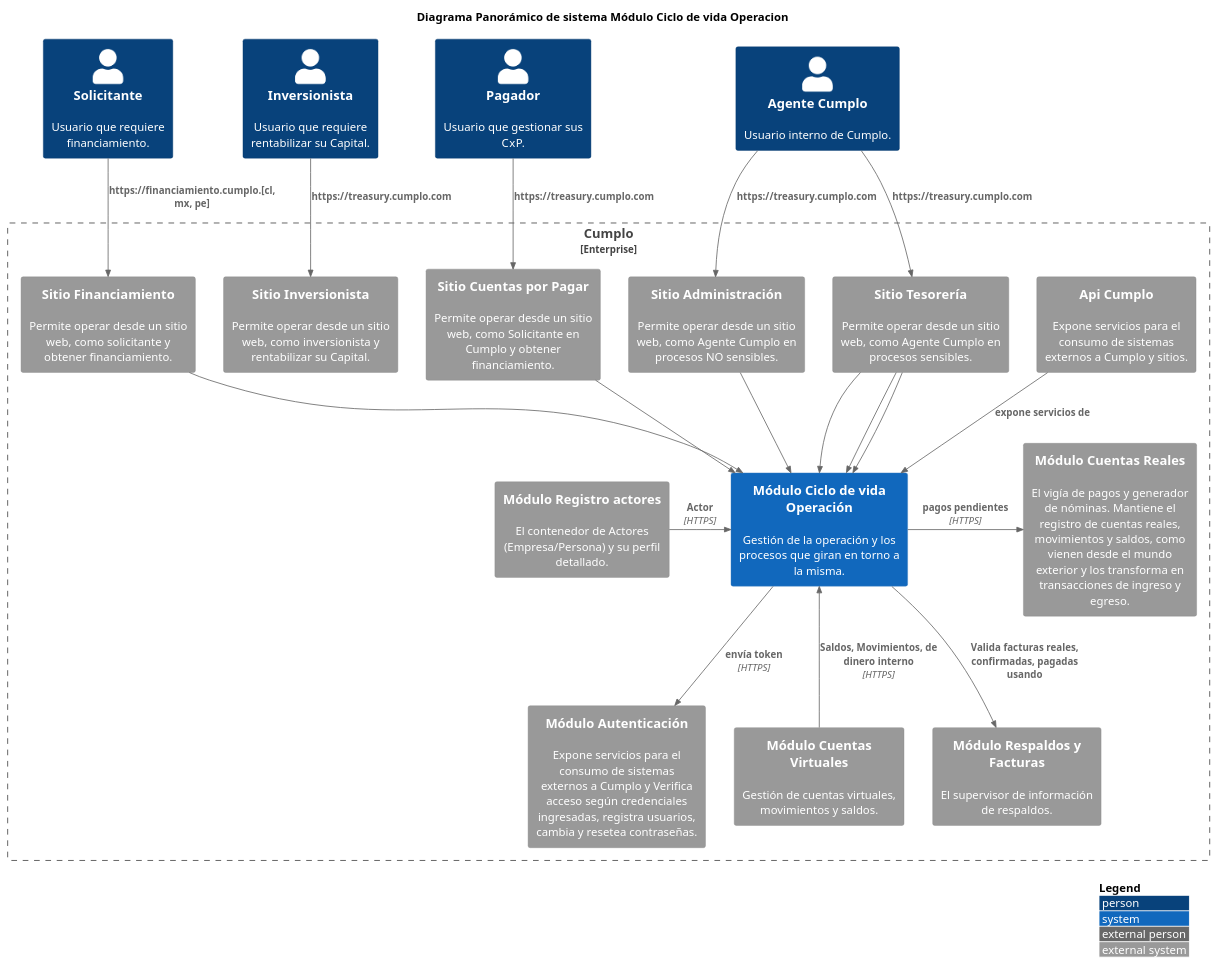
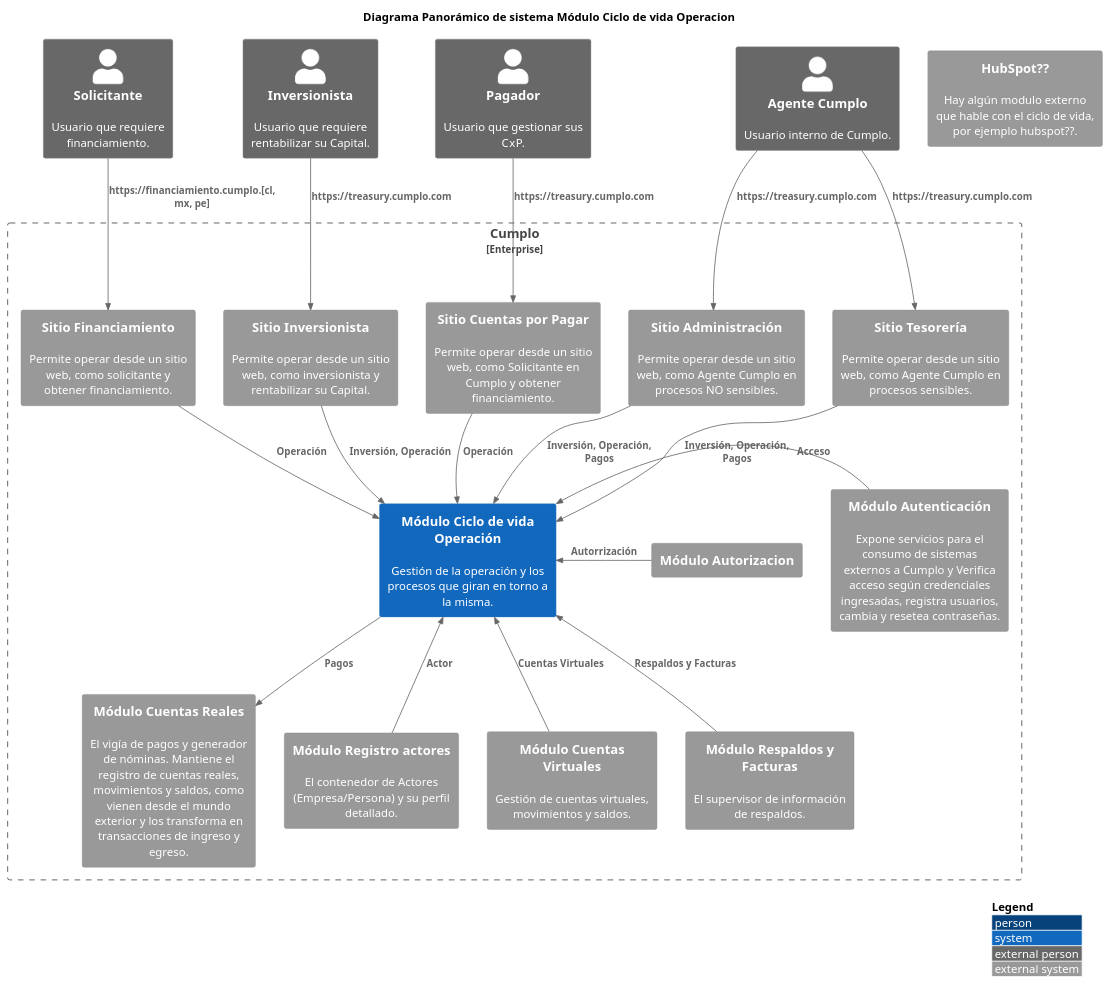
Before and after one commit to kpeet/koyweC4: the diagram in CicloVidaOperacion/ContextoPanoramicoOperacion.puml, drawn with PlantUML. The commit also changed 1 other file, not shown here.

Commit message:
ajuste a los modelos de los diagramas de contexto en ciclo de vida de Operacion

```diff
--- a/CicloVidaOperacion/ContextoPanoramicoOperacion.puml
+++ b/CicloVidaOperacion/ContextoPanoramicoOperacion.puml
@@ -1,65 +1,67 @@
-@startuml
+@startuml ContextoPanoramicoOperacion
 !include https://raw.githubusercontent.com/plantuml-stdlib/C4-PlantUML/master/C4_Context.puml
 ' uncomment the following line and comment the first to use locally
 ' !include C4_Context.puml
 
 'LAYOUT_TOP_DOWN()
 'LAYOUT_AS_SKETCH()
 LAYOUT_WITH_LEGEND()
 
 title Diagrama Panorámico de sistema Módulo Ciclo de vida Operacion
-Person(solicitante, "Solicitante", "Usuario que requiere financiamiento.")
-Person(inversionista, "Inversionista", "Usuario que requiere rentabilizar su Capital.")
-Person(pagador, "Pagador", "Usuario que gestionar sus CxP.")
-Person(agente_cumplo, "Agente Cumplo", "Usuario interno de Cumplo.")
+Person_Ext(solicitante, "Solicitante", "Usuario que requiere financiamiento.")
+Person_Ext(inversionista, "Inversionista", "Usuario que requiere rentabilizar su Capital.")
+Person_Ext(pagador, "Pagador", "Usuario que gestionar sus CxP.")
+Person_Ext(agente_cumplo, "Agente Cumplo", "Usuario interno de Cumplo.")
+
+System_Ext(hubspot, "HubSpot??", "Hay algún modulo externo que hable con el ciclo de vida, por ejemplo hubspot??.")
+
+
 Enterprise_Boundary(c0, "Cumplo") {
     System(modulo_operaciones, "Módulo Ciclo de vida Operación", "Gestión de la operación y los procesos que giran en torno a la misma.")
     System_Ext(modulo_cuentas_reales, "Módulo Cuentas Reales", "El vigía de pagos y generador de nóminas. Mantiene el registro de cuentas reales, movimientos y saldos, como vienen desde el mundo exterior y los transforma en transacciones de ingreso y egreso.")
     System_Ext(modulo_autenticacion, "Módulo Autenticación", "Expone servicios para el consumo de sistemas externos a Cumplo y Verifica acceso según credenciales ingresadas, registra usuarios, cambia y resetea contraseñas.")
     System_Ext(modulo_registro_actores, "Módulo Registro actores", "El contenedor de Actores (Empresa/Persona) y su perfil detallado.")
     System_Ext(modulo_cuentas_virtuales, "Módulo Cuentas Virtuales", "Gestión de cuentas virtuales, movimientos y saldos.")
-    System_Ext(modulo_api_cumplo, "Api Cumplo", "Expone servicios para el consumo de sistemas externos a Cumplo y sitios.")
     System_Ext(modulo_respaldo_facturas, "Módulo Respaldos y Facturas", "El supervisor de información de respaldos.")
+    System_Ext(modulo_autorizacion, "Módulo Autorizacion", "")
     System_Ext(s_financiamiento, "Sitio Financiamiento", "Permite operar desde un sitio web, como solicitante y obtener financiamiento.")
     System_Ext(s_inversionista, "Sitio Inversionista", "Permite operar desde un sitio web, como inversionista y rentabilizar su Capital.")
     System_Ext(s_cuentas_x_pagar, "Sitio Cuentas por Pagar", "Permite operar desde un sitio web, como Solicitante en Cumplo y obtener financiamiento.")
     System_Ext(s_administracion, "Sitio Administración", "Permite operar desde un sitio web, como Agente Cumplo en procesos NO sensibles.")
     System_Ext(s_tesoreria, "Sitio Tesorería", "Permite operar desde un sitio web, como Agente Cumplo en procesos sensibles.")
 }
 
 
 'RELACIONES DE SISTEMA
 'Relaciones sistema/módulos
-
-Rel_R(modulo_registro_actores, modulo_operaciones, "Actor", "HTTPS")
-Rel_R(modulo_operaciones, modulo_cuentas_reales, "pagos pendientes", "HTTPS")
-Rel(modulo_operaciones, modulo_autenticacion, "envía token", "HTTPS")
-Rel(modulo_operaciones, modulo_respaldo_facturas, "Valida facturas reales, confirmadas, pagadas usando")
-Rel_U(modulo_cuentas_virtuales, modulo_operaciones, "Saldos, Movimientos, de dinero interno", "HTTPS")
-Rel(modulo_api_cumplo, modulo_operaciones, "expone servicios de")
+Rel_L(modulo_autorizacion, modulo_operaciones, "Autorrización")
+Rel_L( modulo_autenticacion,modulo_operaciones, "Acceso", )
+Rel_U(modulo_registro_actores, modulo_operaciones, "Actor",)
+Rel(modulo_operaciones, modulo_cuentas_reales, "Pagos", )
+Rel_U(modulo_respaldo_facturas, modulo_operaciones, "Respaldos y Facturas")
+Rel_U(modulo_cuentas_virtuales, modulo_operaciones, "Cuentas Virtuales",)
 
 
 'Relaciones usuarios/sitios
  
 Rel(agente_cumplo, s_tesoreria, "https://treasury.cumplo.com",)
 Rel(solicitante, s_financiamiento, "https://financiamiento.cumplo.[cl, mx, pe]",)
 Rel(inversionista, s_inversionista, "https://treasury.cumplo.com",)
 Rel(pagador, s_cuentas_x_pagar, "https://treasury.cumplo.com",)
 Rel(agente_cumplo, s_administracion, "https://treasury.cumplo.com",)
 
 
 
 'Relaciones sitios/módulos
 
-Rel(s_tesoreria,modulo_operaciones, "", "")
-Rel(s_administracion,modulo_operaciones, "", "")
-Rel(s_cuentas_x_pagar,modulo_operaciones, "", "")
-Rel(s_financiamiento,modulo_operaciones, "", "")
-Rel(s_tesoreria,modulo_operaciones, "", "")
-Rel(s_tesoreria,modulo_operaciones, "", "")
+Rel(s_tesoreria,modulo_operaciones, "Inversión, Operación, Pagos", "")
+Rel(s_administracion,modulo_operaciones, "Inversión, Operación, Pagos", "")
+Rel(s_cuentas_x_pagar,modulo_operaciones, "Operación", "")
+Rel(s_financiamiento,modulo_operaciones, "Operación", "")
+Rel(s_inversionista,modulo_operaciones, "Inversión, Operación", "")
 
 
 'Relaciones módulos/sistemas externos
 
 
 @enduml
```
